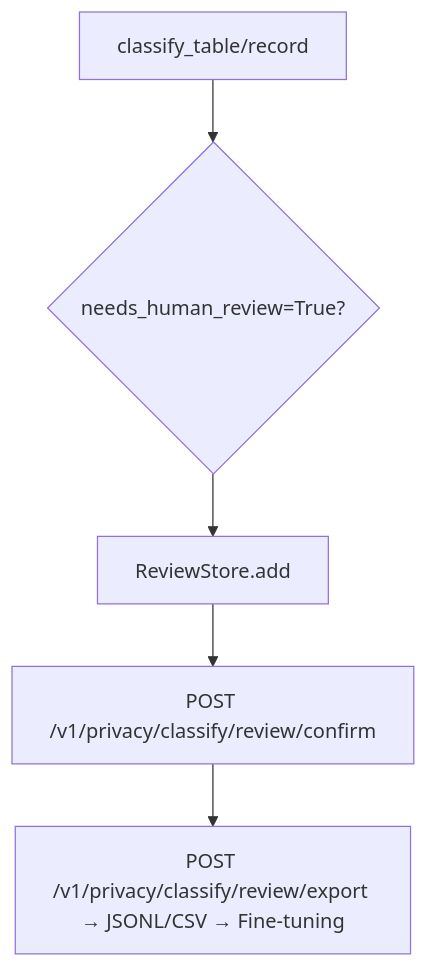
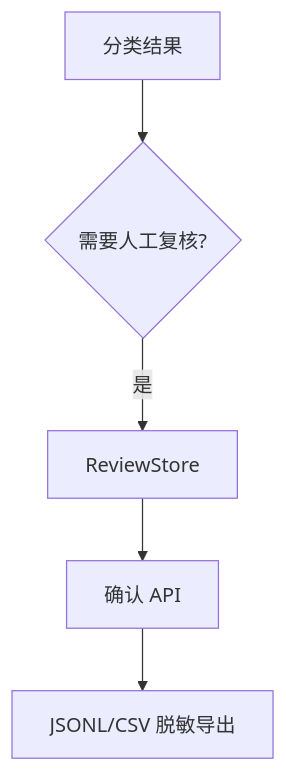
One commit to fengzhizi319/PrivShield changed the fourth of 4 diagrams in docs/classification/design.md. Above: the diagram before and after it, drawn with Mermaid. The commit also changed other lines of this file and 14 other files, not shown here.

````diff
--- a/docs/classification/design.md
+++ b/docs/classification/design.md
@@ -426,7 +236,7 @@
 ```mermaid
 graph TD
-    A[classify_table/record] --> B{needs_human_review=True?}
-    B --> C[ReviewStore.add]
-    C --> D["POST /v1/privacy/classify/review/confirm"]
-    D --> E["POST /v1/privacy/classify/review/export → JSONL/CSV → Fine-tuning"]
+    A[分类结果] --> B{需要人工复核?}
+    B -->|是| C[ReviewStore]
+    C --> D[确认 API]
+    D --> E[JSONL/CSV 脱敏导出]
 ```
````
